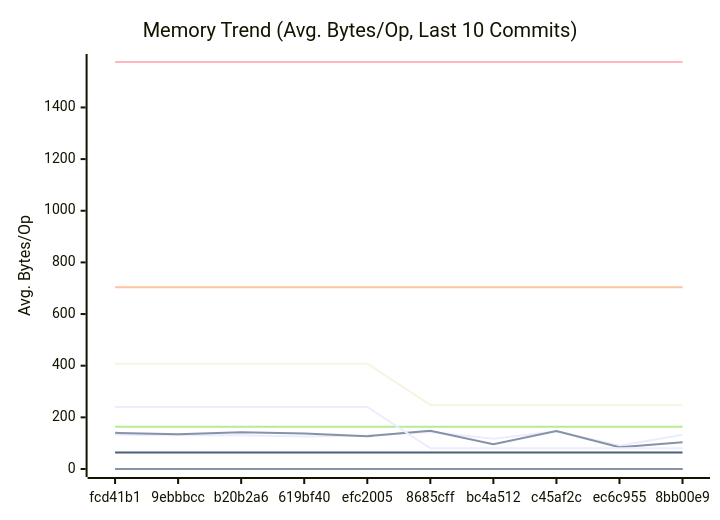
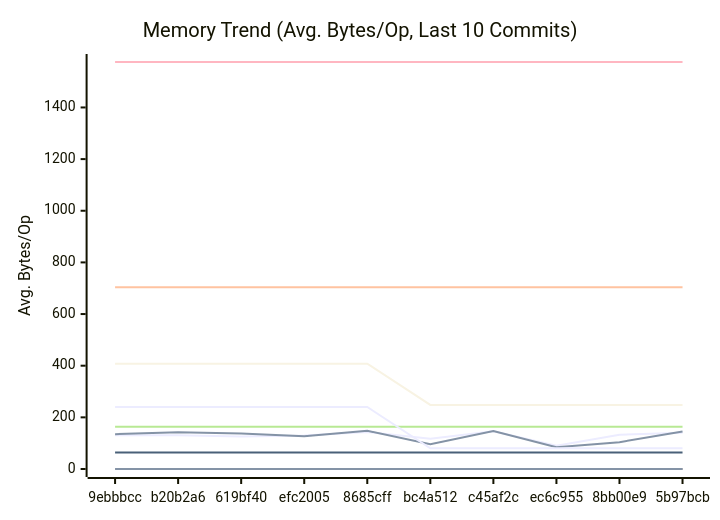
One commit to alsotoes/momo changed the second of 3 diagrams in docs/PERFORMANCE.md. Above: the diagram before and after it, drawn with Mermaid. The commit also changed other lines of this file and 5 other files, not shown here.

````diff
--- a/docs/PERFORMANCE.md
+++ b/docs/PERFORMANCE.md
@@ -171,20 +171,20 @@
 ```mermaid
 xychart-beta
     title "Memory Trend (Avg. Bytes/Op, Last 10 Commits)"
     x-axis "Commit"
     y-axis "Avg. Bytes/Op"
-    x-axis [fcd41b1,9ebbbcc,b20b2a6,619bf40,efc2005,8685cff,bc4a512,c45af2c,ec6c955,8bb00e9]
-    line "AWSChunkedReaderSigned" [133,131,131,126,130,143,117,146,90,133]
-    line "AWSChunkedReaderUnsigned" [140,135,142,137,127,148,96,147,84,104]
+    x-axis [9ebbbcc,b20b2a6,619bf40,efc2005,8685cff,bc4a512,c45af2c,ec6c955,8bb00e9,5b97bcb]
+    line "AWSChunkedReaderSigned" [131,131,126,130,143,117,146,90,133,140]
+    line "AWSChunkedReaderUnsigned" [135,142,137,127,148,96,147,84,104,145]
     line "CheckMetricsAndSwap" [0,0,0,0,0,0,0,0,0,0]
     line "CrushOptimized" [0,0,0,0,0,0,0,0,0,0]
     line "CrushOriginal" [164,164,164,164,164,164,164,164,164,164]
     line "IndexDirectTracking" [0,0,0,0,0,0,0,0,0,0]
     line "IndexSearch" [0,0,0,0,0,0,0,0,0,0]
     line "LoadGlobalConfig" [1576,1576,1576,1576,1576,1576,1576,1576,1576,1576]
     line "PadString" [64,64,64,64,64,64,64,64,64,64]
     line "ParseReplicationOrder_NoPrealloc" [408,408,408,408,408,248,248,248,248,248]
     line "ParseReplicationOrder_Prealloc" [240,240,240,240,240,80,80,80,80,80]
     line "SanitizeLog/Safe" [0,0,0,0,0,0,0,0,0,0]
     line "SanitizeLog/Unsafe" [704,704,704,704,704,704,704,704,704,704]
 ```
````
